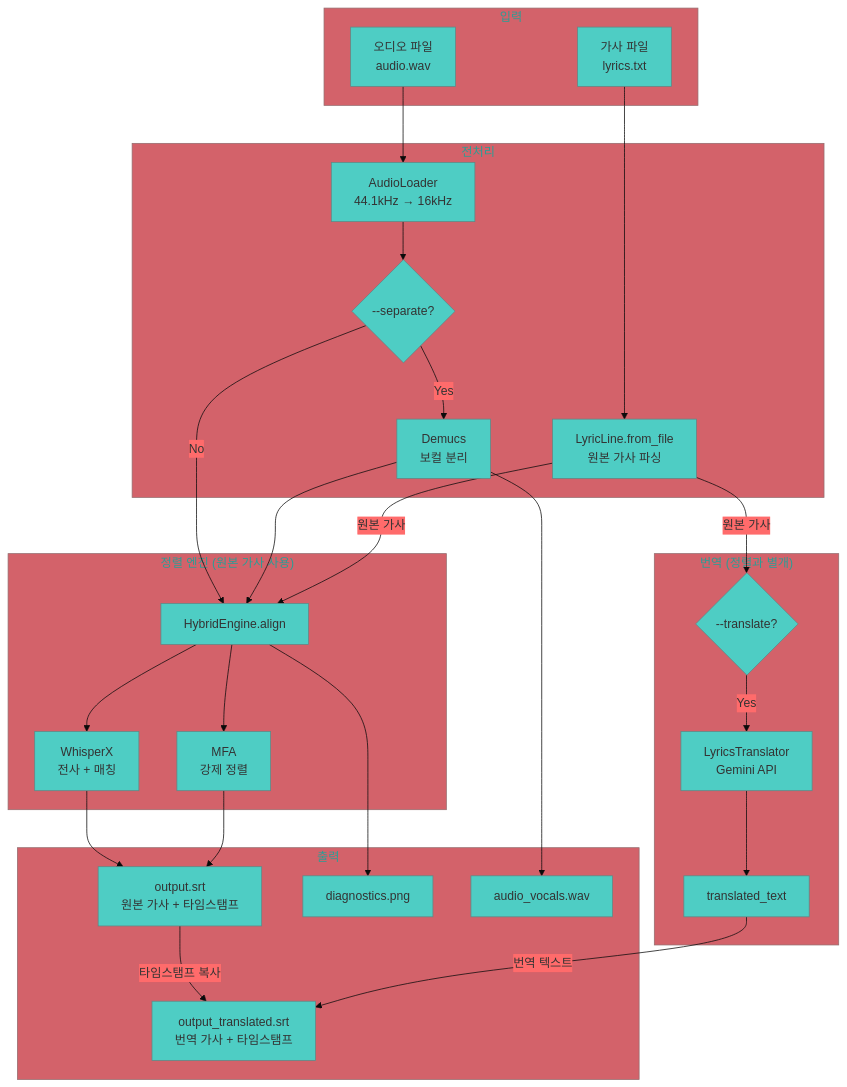
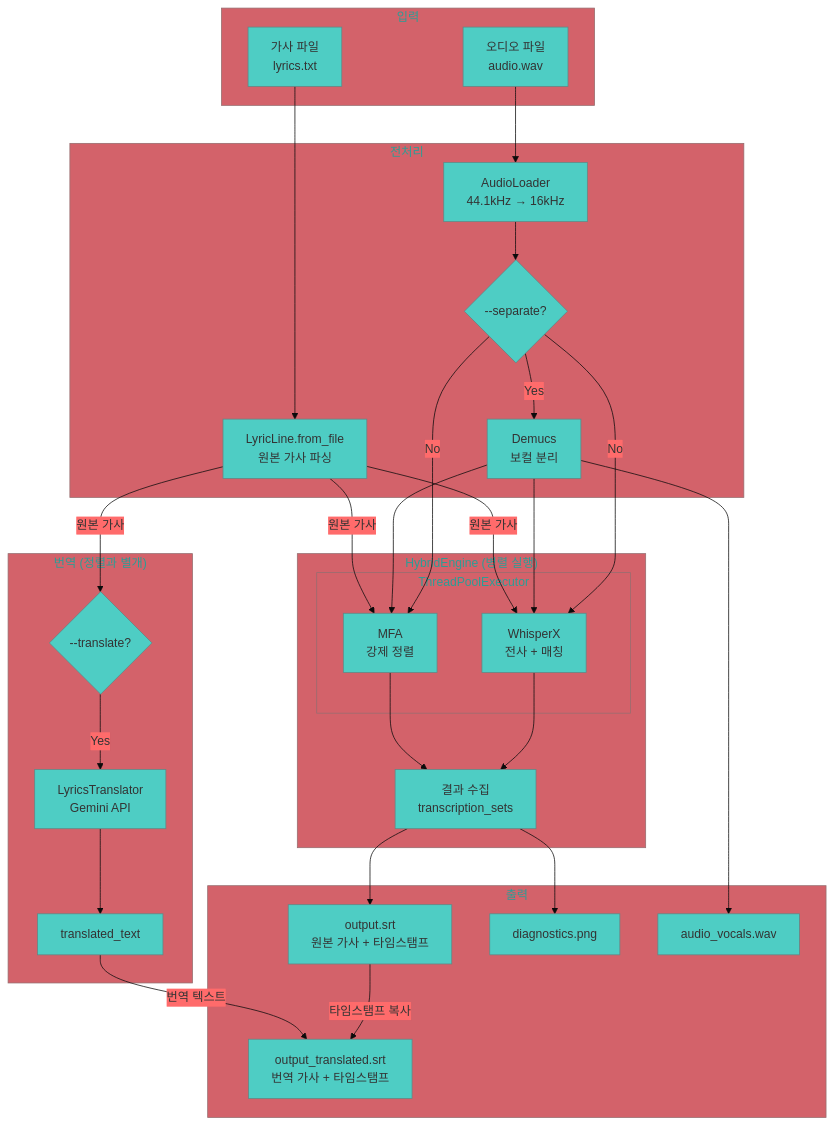
Before and after one commit to onpe5679/Everyric2: the diagram in diagrams/01_overall_pipeline.mermaid, drawn with Mermaid. The commit also changed 4 other files, not shown here.

```diff
--- a/diagrams/01_overall_pipeline.mermaid
+++ b/diagrams/01_overall_pipeline.mermaid
@@ -1,55 +1,60 @@
 %%{init: {'theme': 'base', 'themeVariables': { 'primaryColor': '#4ECDC4', 'secondaryColor': '#FF6B6B'}}}%%
 flowchart TD
     subgraph INPUT["입력"]
         A[오디오 파일<br/>audio.wav]
         B[가사 파일<br/>lyrics.txt]
     end
 
     subgraph PREPROCESS["전처리"]
         C[AudioLoader<br/>44.1kHz → 16kHz]
         D{--separate?}
         E[Demucs<br/>보컬 분리]
         F[LyricLine.from_file<br/>원본 가사 파싱]
     end
 
-    subgraph ENGINE["정렬 엔진 (원본 가사 사용)"]
-        I[HybridEngine.align]
-        J[WhisperX<br/>전사 + 매칭]
-        K[MFA<br/>강제 정렬]
+    subgraph ENGINE["HybridEngine (병렬 실행)"]
+        subgraph PARALLEL["ThreadPoolExecutor"]
+            J[WhisperX<br/>전사 + 매칭]
+            K[MFA<br/>강제 정렬]
+        end
+        I[결과 수집<br/>transcription_sets]
     end
 
     subgraph TRANSLATE["번역 (정렬과 별개)"]
         G{--translate?}
         H[LyricsTranslator<br/>Gemini API]
         T[translated_text]
     end
 
     subgraph OUTPUT["출력"]
         L[output.srt<br/>원본 가사 + 타임스탬프]
         L2[output_translated.srt<br/>번역 가사 + 타임스탬프]
         M[diagnostics.png]
         N[audio_vocals.wav]
     end
 
     A --> C
     B --> F
     C --> D
     D -->|Yes| E
-    D -->|No| I
-    E --> I
+    D -->|No| J
+    D -->|No| K
+    E --> J
+    E --> K
     E --> N
     
-    F -->|원본 가사| I
+    F -->|원본 가사| J
+    F -->|원본 가사| K
     F -->|원본 가사| G
+    
+    J --> I
+    K --> I
+    
     G -->|Yes| H
     H --> T
     
-    I --> J
-    I --> K
-    J --> L
-    K --> L
-    
+    I --> L
     L -->|타임스탬프 복사| L2
     T -->|번역 텍스트| L2
     
     I --> M
```
